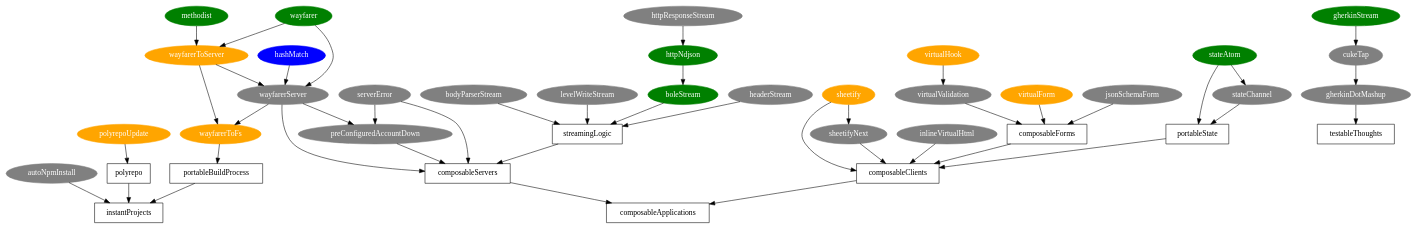
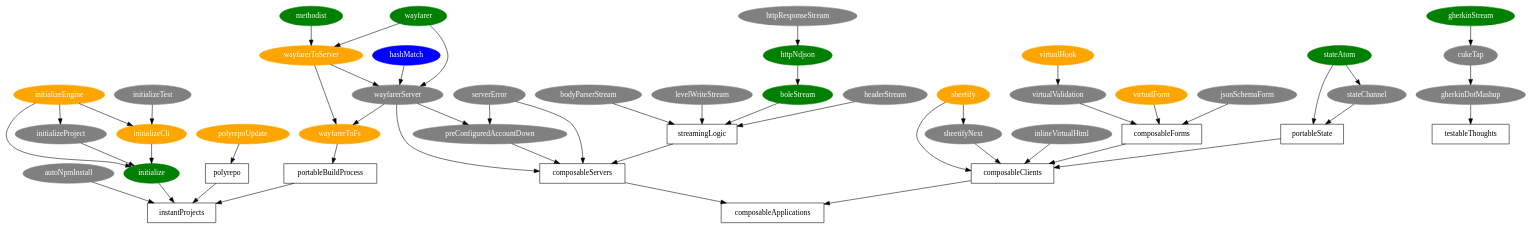
Before and after one commit to yoshuawuyts/plan: the diagram in plan.dot, drawn with Graphviz. The commit also changed 1 other file, not shown here.

Commit message:
plan: initialize

```diff
--- a/plan.dot
+++ b/plan.dot
@@ -1,88 +1,97 @@
 // colors
 //   gray = not implemented
 //   orange = experimental
 //   green = stable
 //   blue = locked
 
 digraph planning {
   // routing, which leads to solid
   // portable ways of getting data around
   // wayfarer-to-server
   hashMatch [style="filled" fontcolor="white" color="blue"]
   methodist [style="filled" fontcolor="white" color="green"]
   wayfarer [style="filled" fontcolor="white" color="green"]
   wayfarerToFs [style="filled" fontcolor="white" color="orange"]
   wayfarerToServer [style="filled" fontcolor="white" color="orange"]
   wayfarerServer [style="filled" fontcolor="white" color="gray"]
   {wayfarer methodist} -> wayfarerToServer
   {wayfarer hashMatch wayfarerToServer} -> wayfarerServer
   {wayfarerServer wayfarerToServer} -> wayfarerToFs
 
   // composable servers
   // modular components to build http servers
   bodyParserStream [style="filled" fontcolor="white" color="gray"]
   levelWriteStream [style="filled" fontcolor="white" color="gray"]
   boleStream [style="filled" fontcolor="white" color="green"]
   httpNdjson [style="filled" fontcolor="white" color="green"]
   httpResponseStream [style="filled" fontcolor="white" color="gray"]
   serverError [style="filled" fontcolor="white" color="gray"]
   preConfiguredAccountDown [style="filled" fontcolor="white" color="gray"]
   headerStream [style="filled" fontcolor="white" color="gray"] // modified headers, etags
   httpResponseStream -> httpNdjson
   httpNdjson -> boleStream
   {bodyParserStream levelWriteStream headerStream} -> streamingLogic
   serverError -> composableServers
   wayfarerServer -> composableServers
   {wayfarerServer serverError} -> preConfiguredAccountDown
   preConfiguredAccountDown -> composableServers
   boleStream -> streamingLogic -> composableServers
 
   // testable thoughts
   gherkinStream [style="filled" fontcolor="white" color="green"]
   cukeTap [style="filled" fontcolor="white" color="gray"]
   gherkinDotMashup [style="filled" fontcolor="white" color="gray"]
   gherkinStream -> cukeTap
   cukeTap -> gherkinDotMashup
 
   // instant projects
   autoNpmInstall [style="filled" fontcolor="white" color="gray"]
   polyrepoUpdate [style="filled" fontcolor="white" color="orange"]
-  autoNpmInstall -> instantProjects
+  initialize [style="filled" fontcolor="white" color="green"]
+  initializeEngine [style="filled" fontcolor="white" color="orange"]
+  initializeCli [style="filled" fontcolor="white" color="orange"]
+  initializeProject [style="filled" fontcolor="white" color="gray"]
+  initializeTest [style="filled" fontcolor="white" color="gray"]
+  initializeEngine -> initializeCli
+  initializeTest -> initializeCli
+  initializeEngine -> initializeProject
+  {initializeEngine initializeCli initializeProject} -> initialize
+  {initialize autoNpmInstall} -> instantProjects
   polyrepoUpdate -> polyrepo
 
   // composable clients
   stateAtom [style="filled" fontcolor="white" color="green"]
   stateChannel [style="filled" fontcolor="white" color="gray"]
   virtualHook [style="filled" fontcolor="white" color="orange"]
   virtualValidation [style="filled" fontcolor="white" color="gray"]
   virtualForm [style="filled" fontcolor="white" color="orange"]
   jsonSchemaForm [style="filled" fontcolor="white" color="gray"]
   sheetify [style="filled" fontcolor="white" color="orange"]
   sheetifyNext [style="filled" fontcolor="white" color="gray"]
   inlineVirtualHtml [style="filled" fontcolor="white" color="gray"]
   sheetify -> sheetifyNext
   {sheetify sheetifyNext} -> composableClients
   stateAtom -> stateChannel
   virtualHook -> virtualValidation
   virtualValidation -> composableForms
   inlineVirtualHtml -> composableClients
   {jsonSchemaForm virtualForm} -> composableForms
   {stateAtom stateChannel} -> portableState
 
   // abstract
   composableApplications [shape="box"]
   composableClients [shape="box"]
   composableForms [shape="box"]
   composableServers [shape="box"]
   instantProjects [shape="box"]
   polyrepo [shape="box"]
   portableBuildProcess [shape="box"]
   portableState [shape="box"]
   streamingLogic [shape="box"]
   testableThoughts [shape="box"]
   {gherkinDotMashup} -> testableThoughts
   {composableForms portableState} -> composableClients
   wayfarerToFs -> portableBuildProcess
   {portableBuildProcess polyrepo} -> instantProjects
   {composableClients composableServers} -> composableApplications
 }
```
